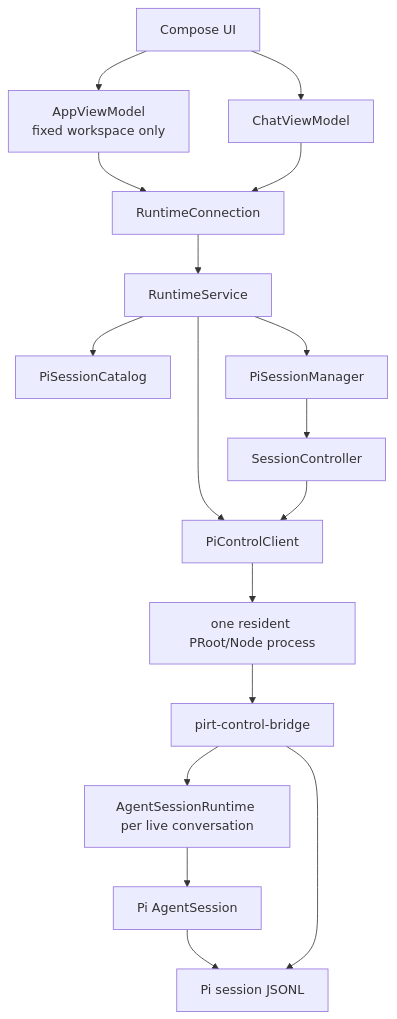
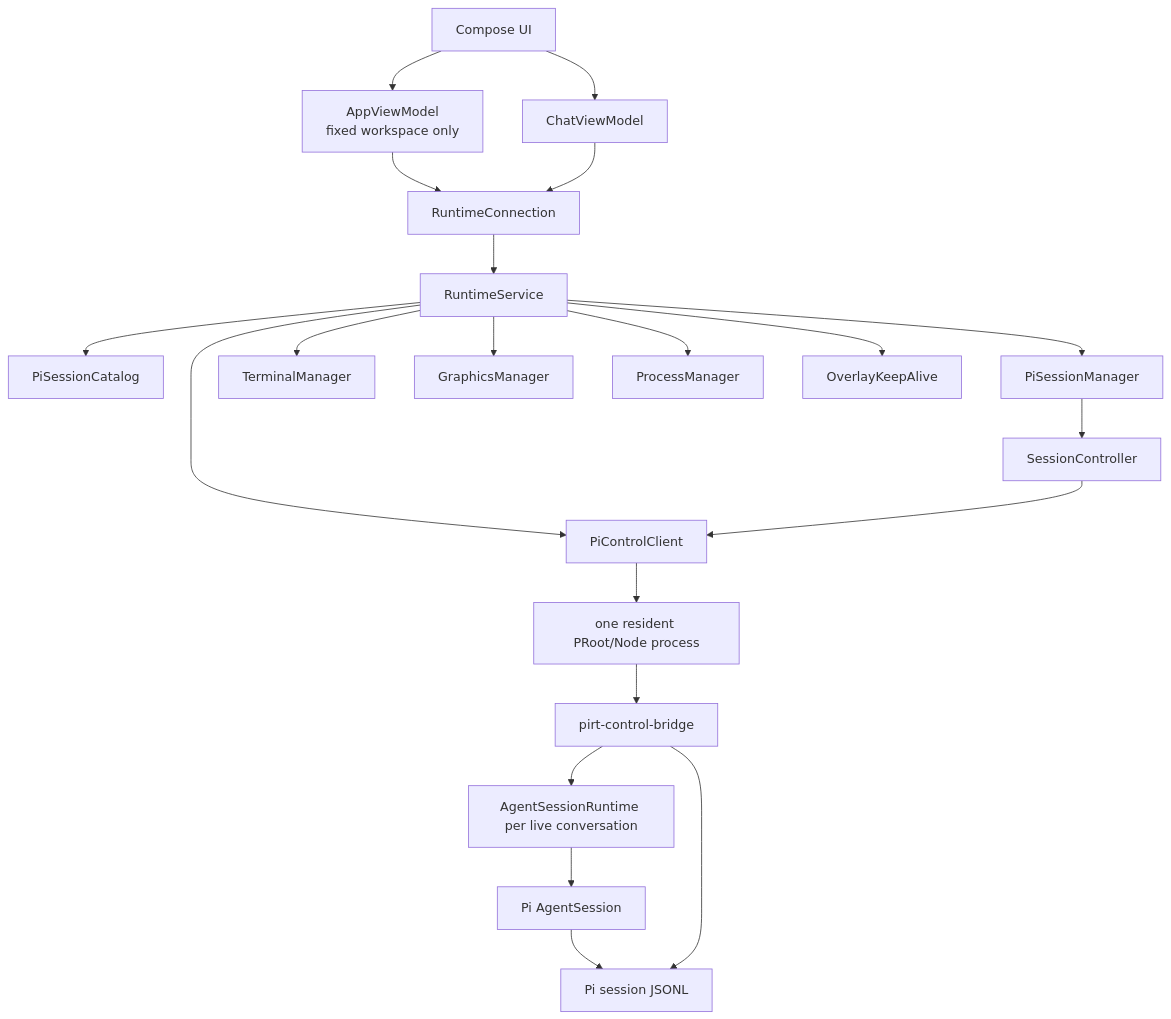
The first of 3 diagrams in docs/architecture.md (ZIXT233/PIRT), drawn with Mermaid before and after one commit. The commit also changed other lines of this file and 10 other files, not shown here.

Commit message:
docs: publish architecture and clean obsolete assets

````diff
--- a/docs/architecture.md
+++ b/docs/architecture.md
@@ -7,19 +9,23 @@
 ```mermaid
 flowchart TD
     UI["Compose UI"] --> APP["AppViewModel\nfixed workspace only"]
     UI --> CHAT["ChatViewModel"]
     APP --> CONN["RuntimeConnection"]
     CHAT --> CONN
     CONN --> SERVICE["RuntimeService"]
     SERVICE --> CATALOG["PiSessionCatalog"]
     SERVICE --> MANAGER["PiSessionManager"]
     SERVICE --> CONTROL["PiControlClient"]
+    SERVICE --> TERMINAL["TerminalManager"]
+    SERVICE --> GRAPHICS["GraphicsManager"]
+    SERVICE --> PROCESSES["ProcessManager"]
+    SERVICE --> OVERLAY["OverlayKeepAlive"]
     MANAGER --> CTRL["SessionController"]
     CTRL --> CONTROL
     CONTROL --> HOST["one resident PRoot/Node process"]
     HOST --> BRIDGE["pirt-control-bridge"]
     BRIDGE --> RUNTIME["AgentSessionRuntime per live conversation"]
     RUNTIME --> SESSION["Pi AgentSession"]
     SESSION --> JSONL["Pi session JSONL"]
     BRIDGE --> JSONL
 ```
````
